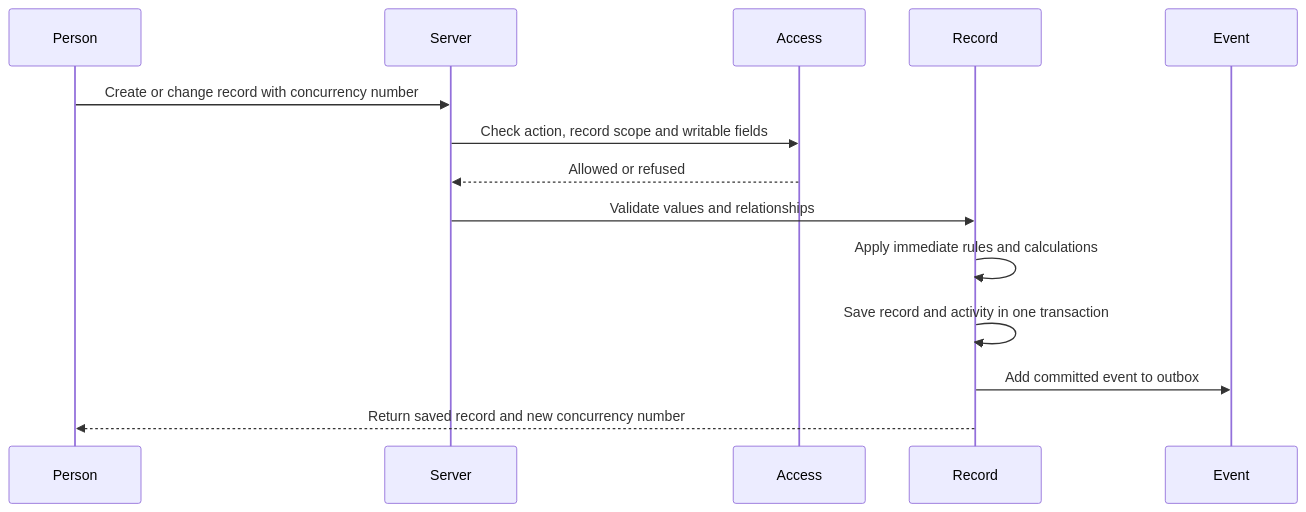
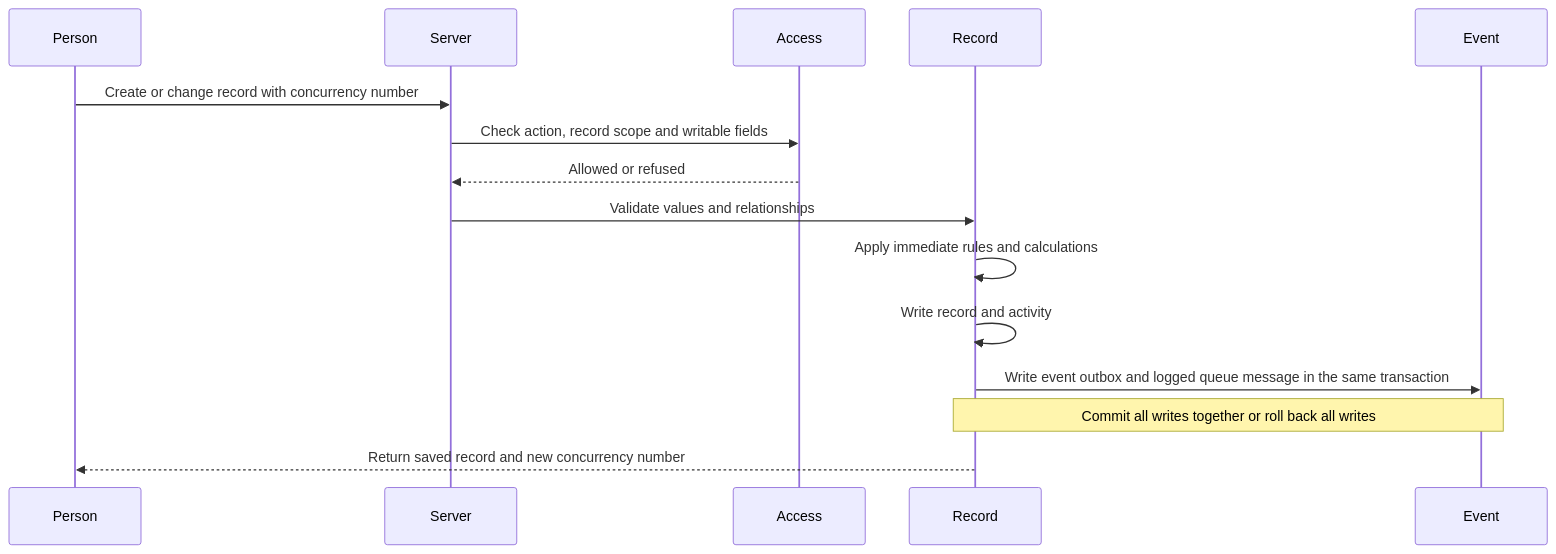
The first of 2 diagrams in docs/specification/06-records-and-lifecycle.md (Abzum-NZ/Abzum-Vortex), drawn with Mermaid before and after one commit. The commit also changed other lines of this file and 2 other files, not shown here.

Commit message:
Align record save and event delivery dependencies

````diff
--- a/docs/specification/06-records-and-lifecycle.md
+++ b/docs/specification/06-records-and-lifecycle.md
@@ -26,16 +26,17 @@
 ```mermaid
 sequenceDiagram
     participant Person
     participant Server
     participant Access
     participant Record
     participant Event
     Person->>Server: Create or change record with concurrency number
     Server->>Access: Check action, record scope and writable fields
     Access-->>Server: Allowed or refused
     Server->>Record: Validate values and relationships
     Record->>Record: Apply immediate rules and calculations
-    Record->>Record: Save record and activity in one transaction
-    Record->>Event: Add committed event to outbox
+    Record->>Record: Write record and activity
+    Record->>Event: Write event outbox and logged queue message in the same transaction
+    Note over Record,Event: Commit all writes together or roll back all writes
     Record-->>Person: Return saved record and new concurrency number
 ```
````
